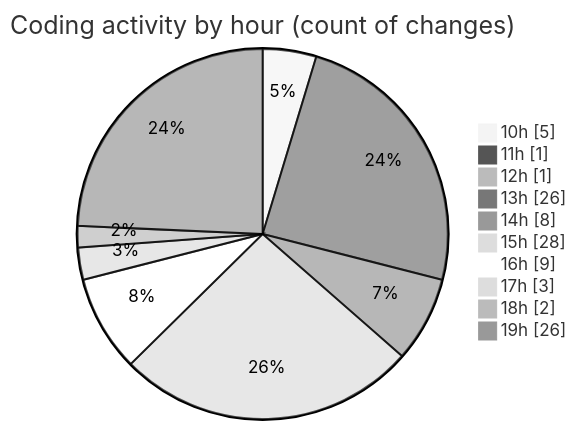
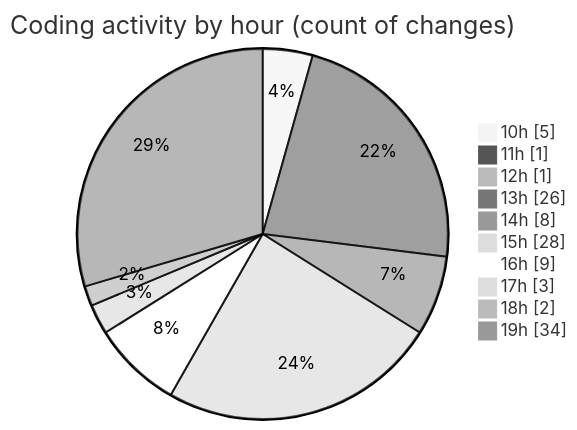
Before and after one commit to momahboobian/code-tracking: the second of 2 diagrams in 2026-04-21/cda/README.md, drawn with Mermaid (neutral theme). The commit also changed other lines of this file and 1 other file, not shown here.

````diff
--- a/2026-04-21/cda/README.md
+++ b/2026-04-21/cda/README.md
@@ -69,14 +69,14 @@
 ```mermaid
 pie showData
 title Coding activity by hour (count of changes)
 "10h" : 5
 "11h" : 1
 "12h" : 1
 "13h" : 26
 "14h" : 8
 "15h" : 28
 "16h" : 9
 "17h" : 3
 "18h" : 2
-"19h" : 26
+"19h" : 34
 ```
````
